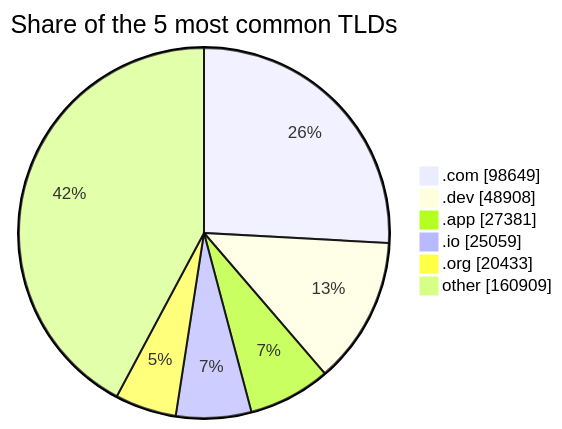
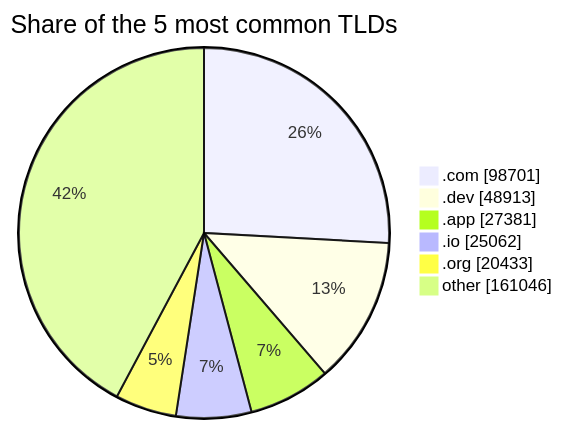
Before and after one commit to DNSBunker/CTI: the third of 3 diagrams in README.md, drawn with Mermaid. The commit also changed other lines of this file and 3 other files, not shown here.

````diff
--- a/README.md
+++ b/README.md
@@ -81,9 +81,9 @@
 ```mermaid
 pie showData title Share of the 5 most common TLDs
-    ".com" : 98649
-    ".dev" : 48908
+    ".com" : 98701
+    ".dev" : 48913
     ".app" : 27381
-    ".io" : 25059
+    ".io" : 25062
     ".org" : 20433
-    "other" : 160909
+    "other" : 161046
 ```
````
